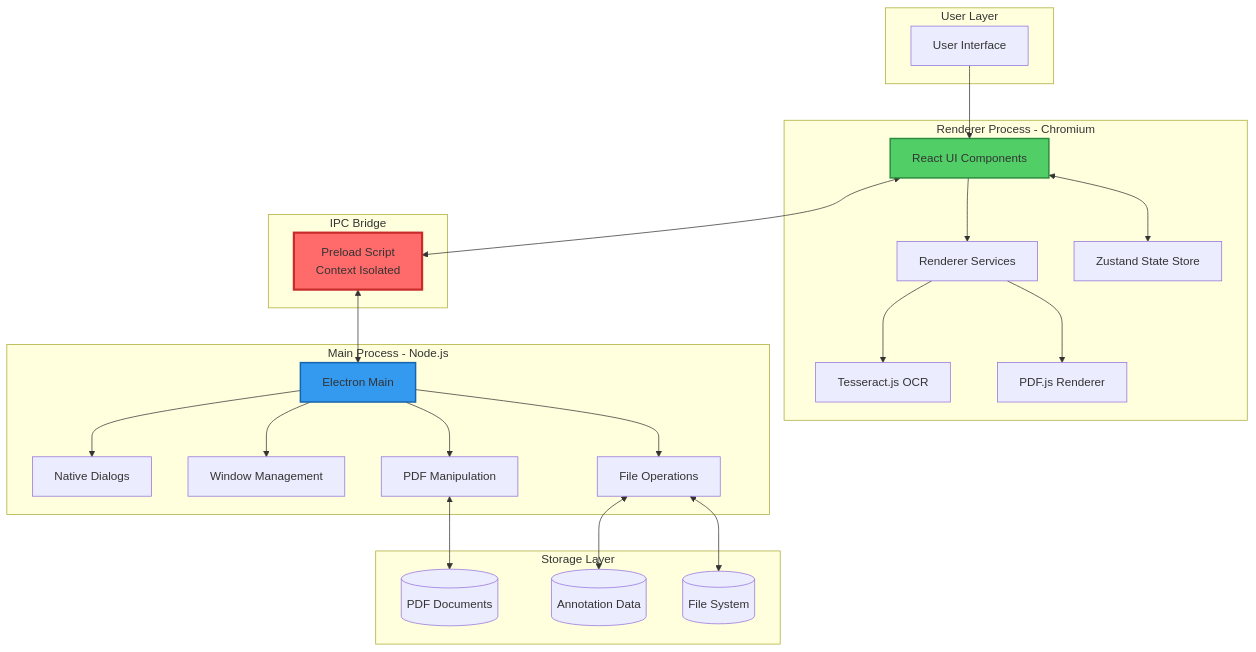
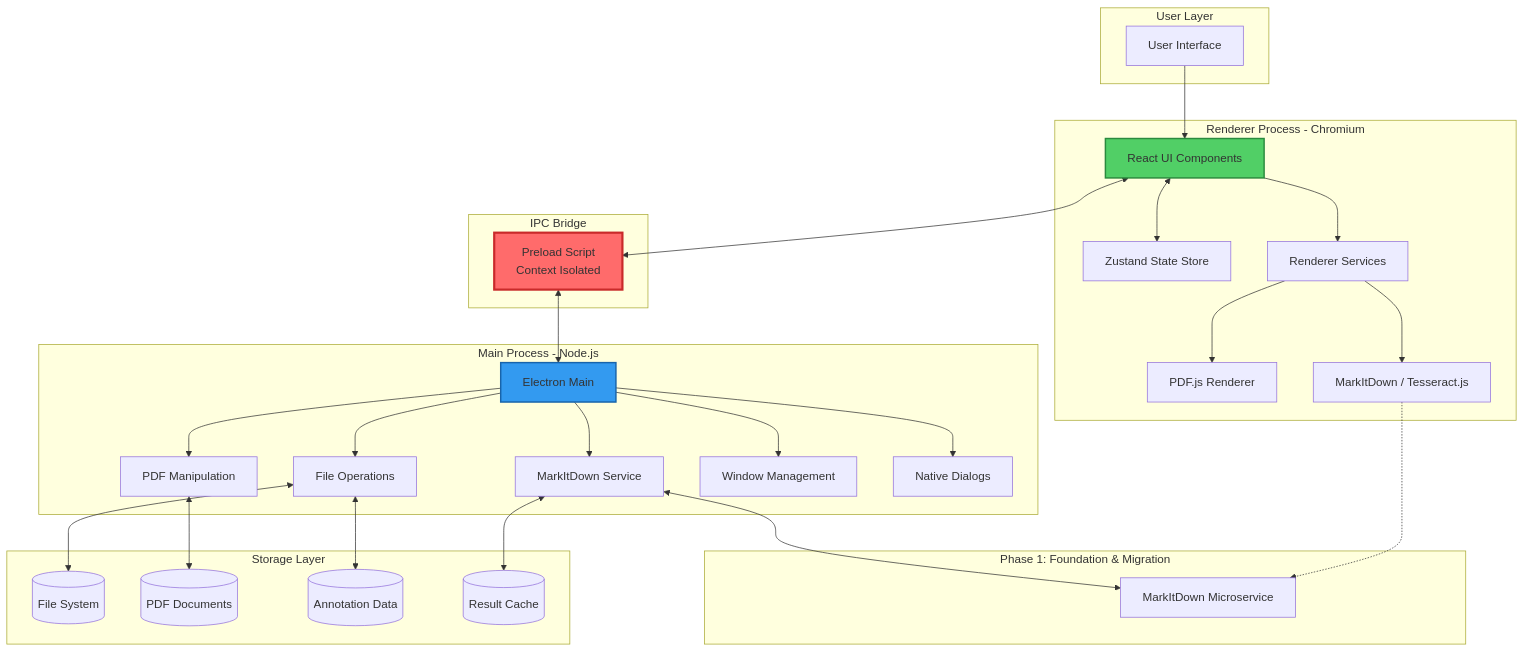
Before and after one commit to jana1998/portable-document-formatter: the first of 20 diagrams in DOCUMENTATION.md, drawn with Mermaid. The commit also changed other lines of this file and 4 other files, not shown here.

Commit message:
docs: finalize Phase 1 kickoff artifacts and update architecture for MarkItDown integration

````diff
--- a/DOCUMENTATION.md
+++ b/DOCUMENTATION.md
@@ -32,51 +32,61 @@
 ```mermaid
 graph TB
     subgraph "User Layer"
         User[User Interface]
     end
 
     subgraph "Renderer Process - Chromium"
         UI[React UI Components]
         State[Zustand State Store]
         Services[Renderer Services]
         PDFRenderer[PDF.js Renderer]
-        OCREngine[Tesseract.js OCR]
+        ExtractionEngine[MarkItDown / Tesseract.js]
+    end
+
+    subgraph "Phase 1: Foundation & Migration"
+        MID[MarkItDown Microservice]
     end
 
     subgraph "IPC Bridge"
         Preload[Preload Script<br/>Context Isolated]
     end
 
     subgraph "Main Process - Node.js"
         MainEntry[Electron Main]
         FileService[File Operations]
         PDFService[PDF Manipulation]
+        ExtractionService[MarkItDown Service]
         WindowMgmt[Window Management]
         DialogSystem[Native Dialogs]
     end
 
     subgraph "Storage Layer"
         FileSystem[(File System)]
         PDFFiles[(PDF Documents)]
         Annotations[(Annotation Data)]
+        Cache[(Result Cache)]
     end
 
     User --> UI
     UI <--> State
     UI --> Services
     Services --> PDFRenderer
-    Services --> OCREngine
+    Services --> ExtractionEngine
+    ExtractionEngine -.-> MID
     UI <--> Preload
     Preload <--> MainEntry
     MainEntry --> FileService
     MainEntry --> PDFService
+    MainEntry --> ExtractionService
+    ExtractionService <--> MID
     MainEntry --> WindowMgmt
     MainEntry --> DialogSystem
     FileService <--> FileSystem
     PDFService <--> PDFFiles
     FileService <--> Annotations
+    ExtractionService <--> Cache
 
     style Preload fill:#ff6b6b,stroke:#c92a2a,stroke-width:3px
     style MainEntry fill:#339af0,stroke:#1864ab,stroke-width:2px
     style UI fill:#51cf66,stroke:#2b8a3e,stroke-width:2px
 ```
````
